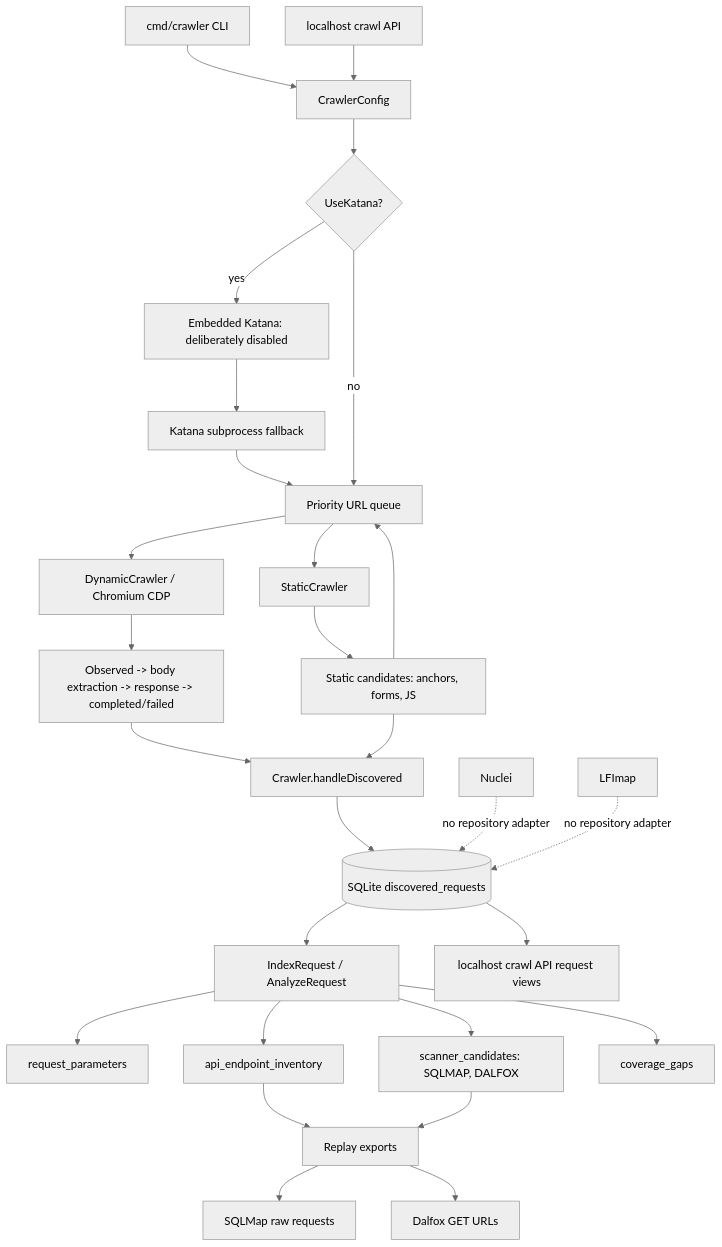
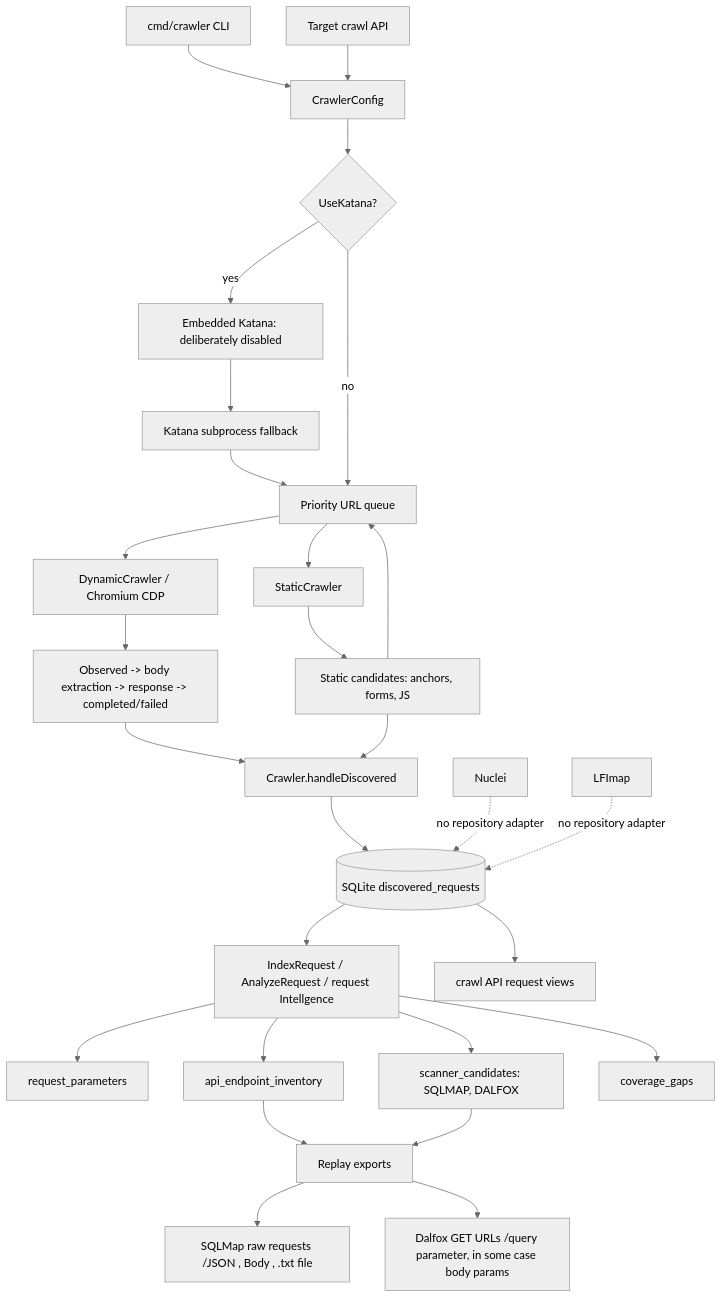
Before and after one commit to b0y-hunt403/web-Crawler: the diagram in assessment/architecture.mmd, drawn with Mermaid (neutral theme). The commit also changed 28 other files, not shown here.

```diff
--- a/assessment/architecture.mmd
+++ b/assessment/architecture.mmd
@@ -1,28 +1,28 @@
 flowchart TD
   CLI[cmd/crawler CLI] --> CFG[CrawlerConfig]
-  API[localhost crawl API] --> CFG
+  API[Target crawl API] --> CFG
   CFG --> K{UseKatana?}
   K -->|yes| KE[Embedded Katana: deliberately disabled]
   KE --> KB[Katana subprocess fallback]
   KB --> Q[Priority URL queue]
   K -->|no| Q
   Q --> ST[StaticCrawler]
   Q --> DY[DynamicCrawler / Chromium CDP]
   ST --> SC[Static candidates: anchors, forms, JS]
   SC --> Q
   DY --> LC[Observed -> body extraction -> response -> completed/failed]
   LC --> FUNNEL[Crawler.handleDiscovered]
   SC --> FUNNEL
   FUNNEL --> DB[(SQLite discovered_requests)]
-  DB --> IDX[IndexRequest / AnalyzeRequest]
+  DB --> IDX[IndexRequest / AnalyzeRequest / request Intellgence]
   IDX --> PARAMS[request_parameters]
   IDX --> INV[api_endpoint_inventory]
   IDX --> CANDS[scanner_candidates: SQLMAP, DALFOX]
   IDX --> GAPS[coverage_gaps]
   INV --> EXP[Replay exports]
   CANDS --> EXP
-  EXP --> SQL[SQLMap raw requests]
-  EXP --> DAL[Dalfox GET URLs]
-  DB --> LOCAL[localhost crawl API request views]
+  EXP --> SQL[SQLMap raw requests /JSON , Body , .txt file]
+  EXP --> DAL[Dalfox GET URLs /query parameter, in some case body params]
+  DB --> LOCAL[ crawl API request views]
   NUC[Nuclei] -. no repository adapter .-> DB
   LFI[LFImap] -. no repository adapter .-> DB
```
